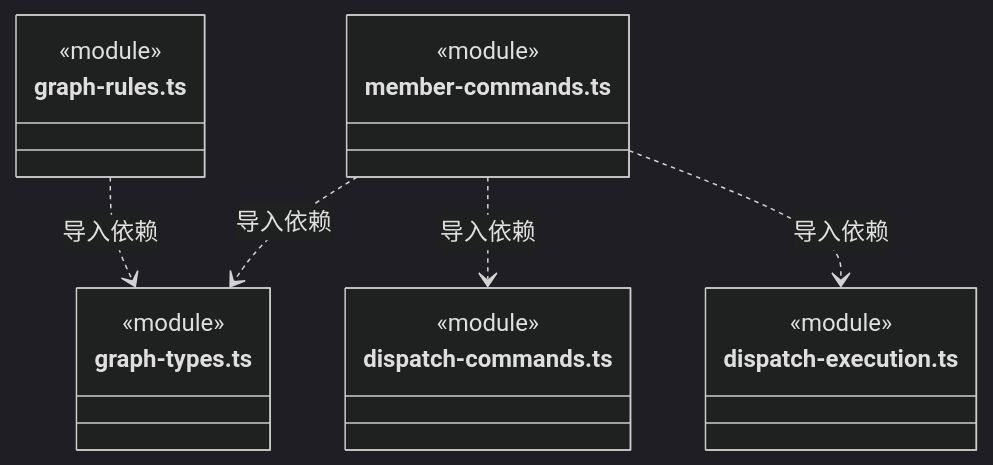
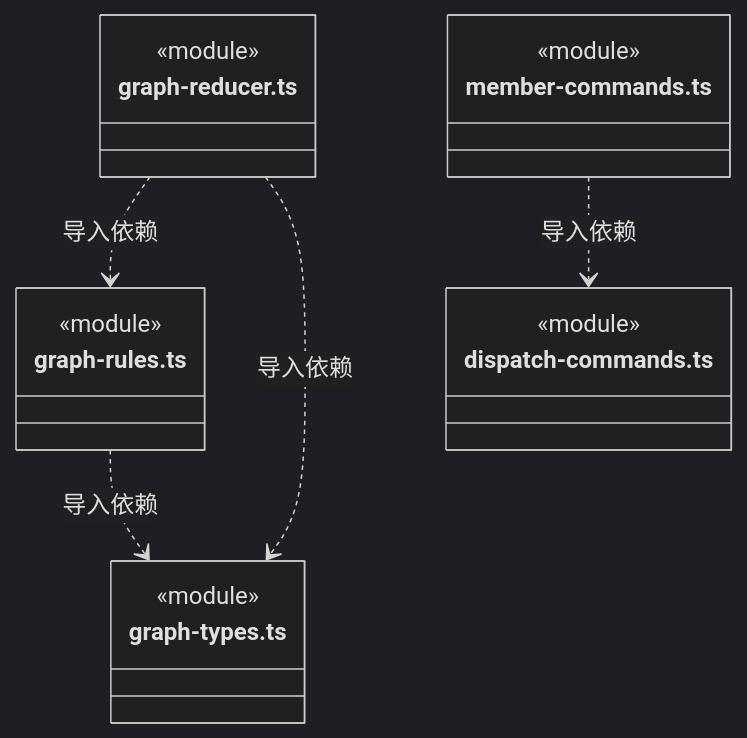
One commit to nan023062/cbim changed diagram 42 of 47 in src/backend/core/tasks/ARCHITECTURE.md. Above: the diagram before and after it, drawn with Mermaid (dark theme). The commit also changed other lines of this file and 55 other files, not shown here.

````diff
--- a/src/backend/core/tasks/ARCHITECTURE.md
+++ b/src/backend/core/tasks/ARCHITECTURE.md
@@ -1051,22 +1076,22 @@
 ```mermaid
 classDiagram
+class N_src_backend_core_tasks_graph_reducer_ts["graph-reducer.ts"] {
+  <<module>>
+}
 class N_src_backend_core_tasks_graph_rules_ts["graph-rules.ts"] {
   <<module>>
 }
 class N_src_backend_core_tasks_graph_types_ts["graph-types.ts"] {
   <<module>>
 }
 class N_src_backend_core_tasks_member_commands_ts["member-commands.ts"] {
   <<module>>
 }
 class N_src_backend_core_tasks_dispatch_commands_ts["dispatch-commands.ts"] {
   <<module>>
 }
-class N_src_backend_core_tasks_dispatch_execution_ts["dispatch-execution.ts"] {
-  <<module>>
-}
+N_src_backend_core_tasks_graph_reducer_ts ..> N_src_backend_core_tasks_graph_rules_ts : 导入依赖
+N_src_backend_core_tasks_graph_reducer_ts ..> N_src_backend_core_tasks_graph_types_ts : 导入依赖
 N_src_backend_core_tasks_graph_rules_ts ..> N_src_backend_core_tasks_graph_types_ts : 导入依赖
 N_src_backend_core_tasks_member_commands_ts ..> N_src_backend_core_tasks_dispatch_commands_ts : 导入依赖
-N_src_backend_core_tasks_member_commands_ts ..> N_src_backend_core_tasks_graph_types_ts : 导入依赖
-N_src_backend_core_tasks_member_commands_ts ..> N_src_backend_core_tasks_dispatch_execution_ts : 导入依赖
 ```
````
